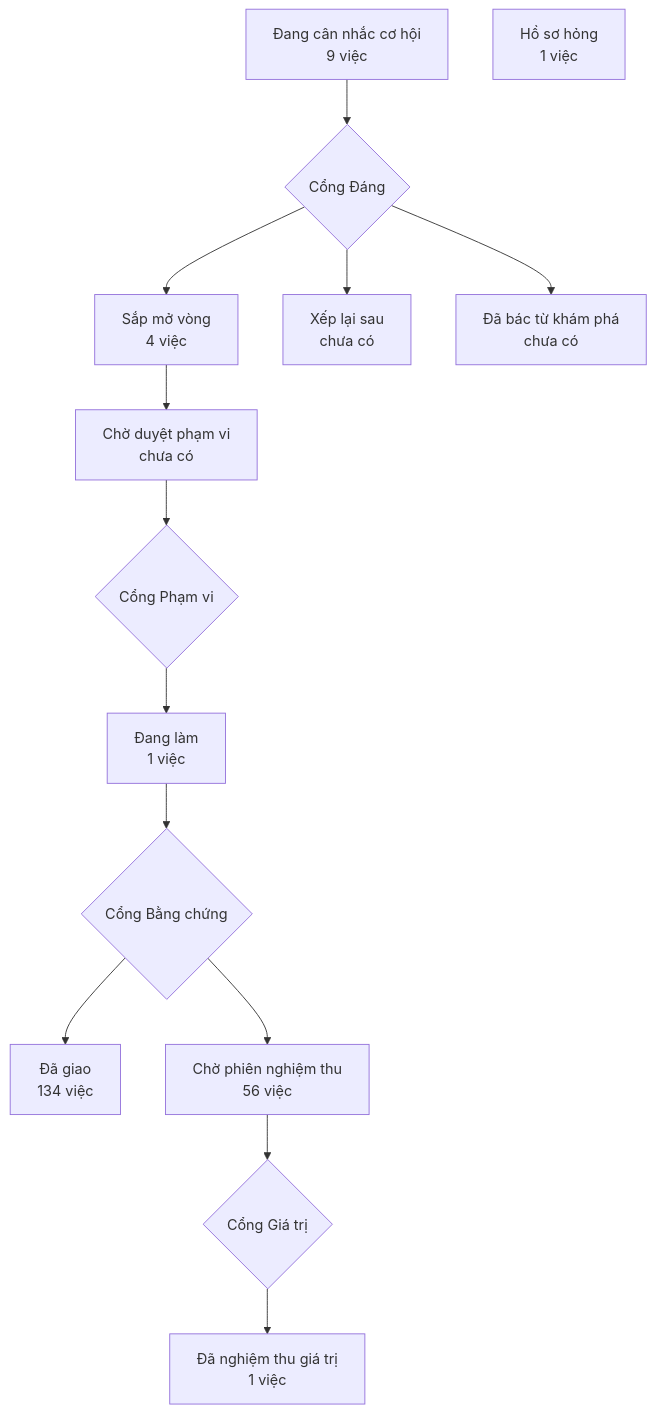
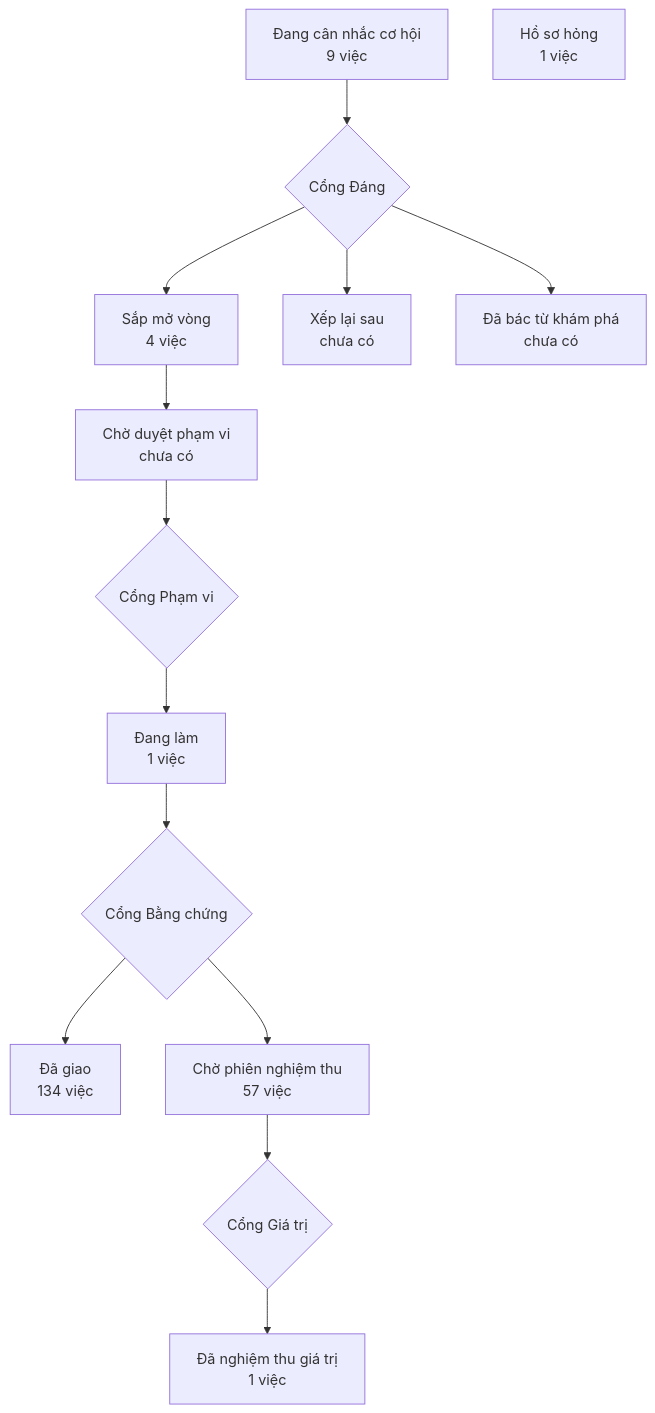
The diagram in PRODUCT-MAP.md (phanlemanh/crm-onehub), drawn with Mermaid before and after one commit. The commit also changed 1 other file, not shown here.

Commit message:
chore: vẽ lại bản đồ sản phẩm từ bản sạch sau gộp onehub 0b62cebb9

````diff
--- a/PRODUCT-MAP.md
+++ b/PRODUCT-MAP.md
@@ -7,13 +7,13 @@
 ```mermaid
 flowchart TD
   A["Đang cân nhắc cơ hội<br/>9 việc"] --> GD{"Cổng Đáng"}
   GD --> B["Sắp mở vòng<br/>4 việc"]
   GD --> XL["Xếp lại sau<br/>chưa có"]
   GD --> DB["Đã bác từ khám phá<br/>chưa có"]
   B --> CD["Chờ duyệt phạm vi<br/>chưa có"] --> GP{"Cổng Phạm vi"}
   GP --> DL["Đang làm<br/>1 việc"] --> GB{"Cổng Bằng chứng"}
   GB --> DG["Đã giao<br/>134 việc"]
-  GB --> CN["Chờ phiên nghiệm thu<br/>56 việc"] --> GG{"Cổng Giá trị"}
+  GB --> CN["Chờ phiên nghiệm thu<br/>57 việc"] --> GG{"Cổng Giá trị"}
   GG --> NT["Đã nghiệm thu giá trị<br/>1 việc"]
   HS["Hồ sơ hỏng<br/>1 việc"]
 ```
````
